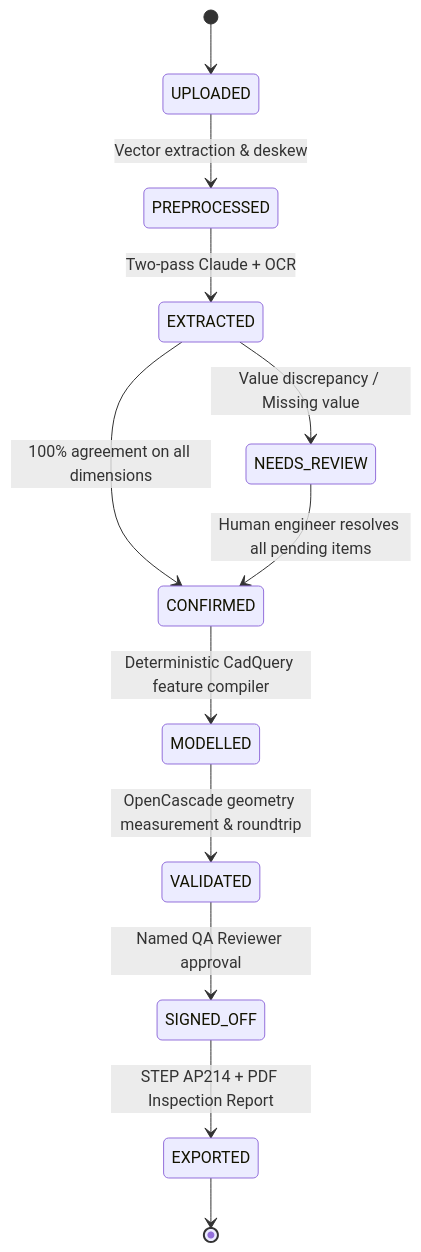
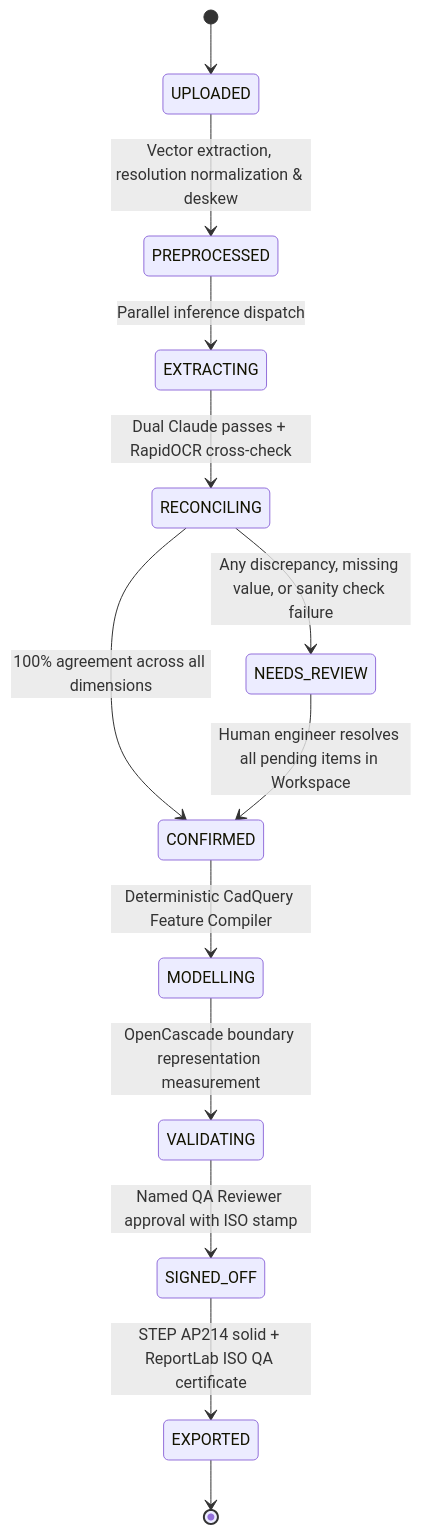
The diagram in docs/architecture.md (godwin6945-cell/vs-engineering-2d-3d-conversion), drawn with Mermaid before and after one commit. The commit also changed other lines of this file and 105 other files, not shown here.

````diff
--- a/docs/architecture.md
+++ b/docs/architecture.md
@@ -10,14 +16,15 @@
 ```mermaid
 stateDiagram-v2
     [*] --> UPLOADED
-    UPLOADED --> PREPROCESSED : Vector extraction & deskew
-    PREPROCESSED --> EXTRACTED : Two-pass Claude + OCR
-    EXTRACTED --> NEEDS_REVIEW : Value discrepancy / Missing value
-    EXTRACTED --> CONFIRMED : 100% agreement on all dimensions
-    NEEDS_REVIEW --> CONFIRMED : Human engineer resolves all pending items
-    CONFIRMED --> MODELLED : Deterministic CadQuery feature compiler
-    MODELLED --> VALIDATED : OpenCascade geometry measurement & roundtrip
-    VALIDATED --> SIGNED_OFF : Named QA Reviewer approval
-    SIGNED_OFF --> EXPORTED : STEP AP214 + PDF Inspection Report
+    UPLOADED --> PREPROCESSED : Vector extraction, resolution normalization & deskew
+    PREPROCESSED --> EXTRACTING : Parallel inference dispatch
+    EXTRACTING --> RECONCILING : Dual Claude passes + RapidOCR cross-check
+    RECONCILING --> NEEDS_REVIEW : Any discrepancy, missing value, or sanity check failure
+    RECONCILING --> CONFIRMED : 100% agreement across all dimensions
+    NEEDS_REVIEW --> CONFIRMED : Human engineer resolves all pending items in Workspace
+    CONFIRMED --> MODELLING : Deterministic CadQuery Feature Compiler
+    MODELLING --> VALIDATING : OpenCascade boundary representation measurement
+    VALIDATING --> SIGNED_OFF : Named QA Reviewer approval with ISO stamp
+    SIGNED_OFF --> EXPORTED : STEP AP214 solid + ReportLab ISO QA certificate
     EXPORTED --> [*]
 ```
````
